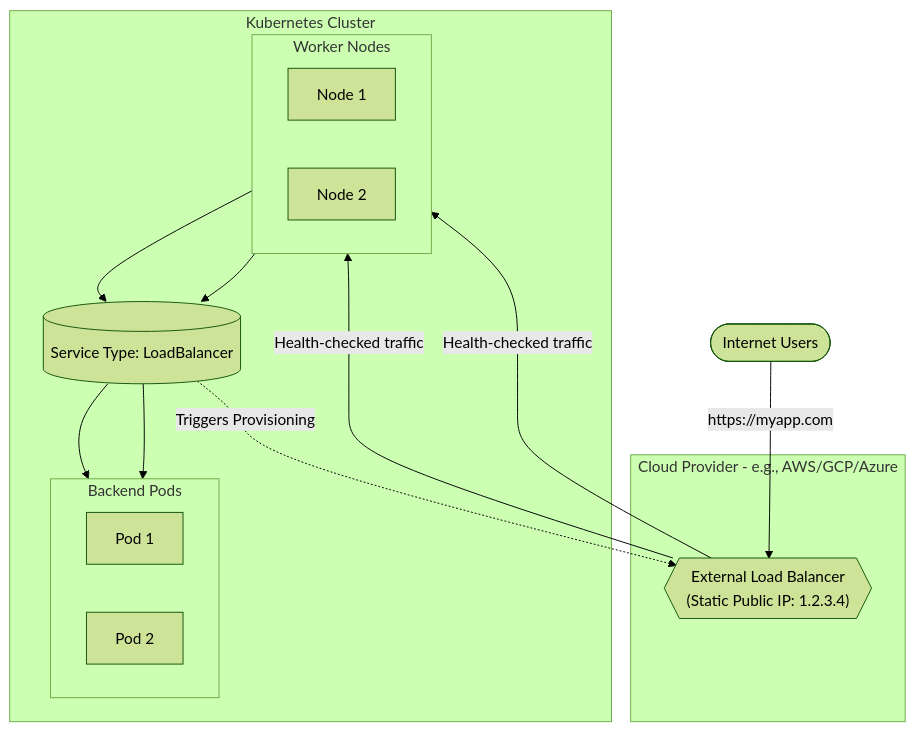
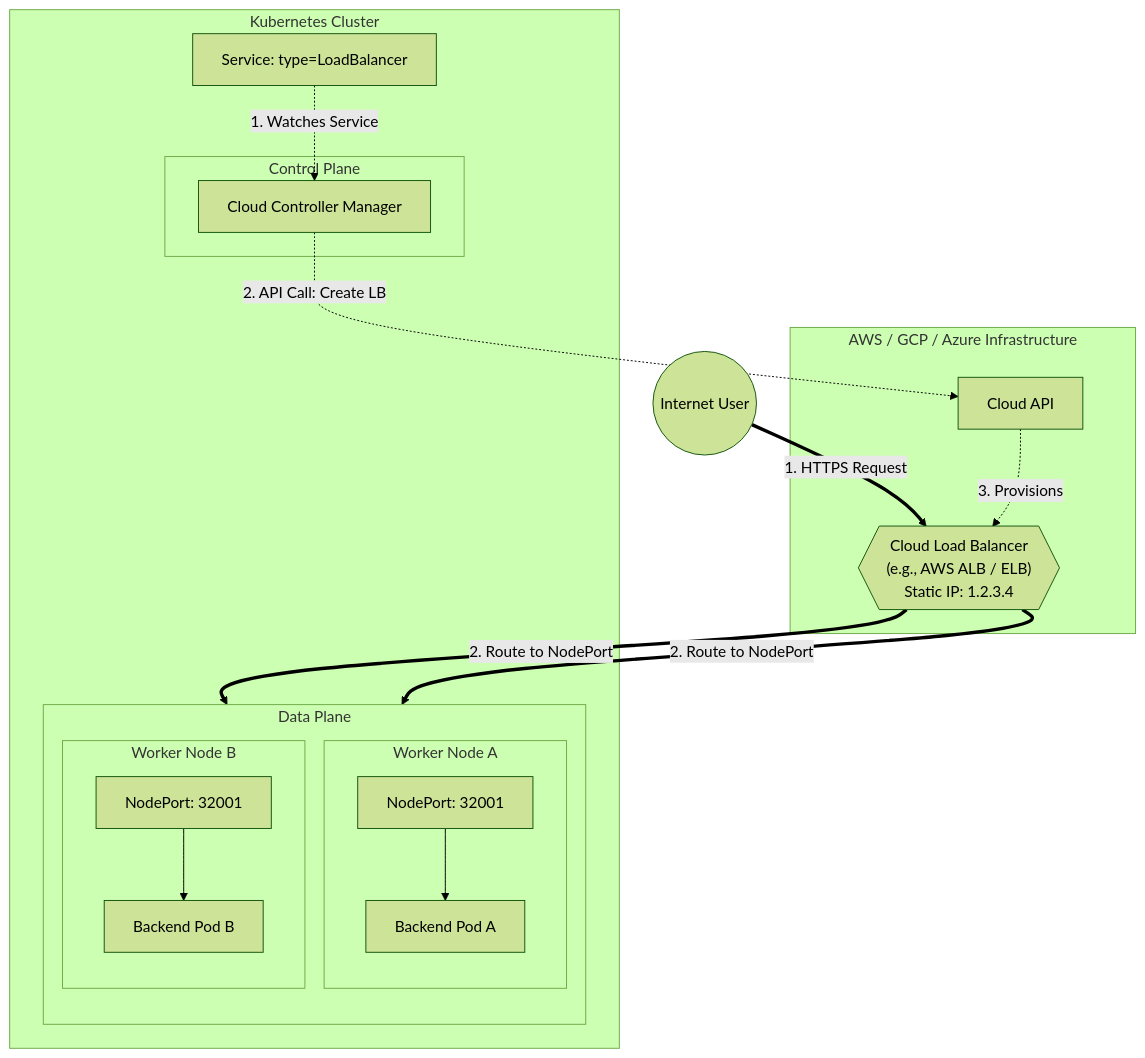
The sixth of 9 diagrams in 04-networking/04.01-Networking_Intro.md (Aravind-devops-1/devops_ganesh), drawn with Mermaid (forest theme) before and after one commit. The commit also changed other lines of this file, not shown here.

````diff
--- a/04-networking/04.01-Networking_Intro.md
+++ b/04-networking/04.01-Networking_Intro.md
@@ -247,34 +241,51 @@
 ```mermaid
 graph TD
-    U([Internet Users]) 
+    %% Actors
+    User((Internet User))
     
-    subgraph CloudProvider [Cloud Provider - e.g., AWS/GCP/Azure]
-        LB{{"External Load Balancer <br/> (Static Public IP: 1.2.3.4)"}}
+    subgraph CloudProvider [AWS / GCP / Azure Infrastructure]
+        
+        %% The External Resource
+        CLB{{"Cloud Load Balancer <br/> (e.g., AWS ALB / ELB) <br/> Static IP: 1.2.3.4"}}
+        
+        %% The Control Plane Logic
+        API[Cloud API]
     end
 
-    subgraph Cluster [Kubernetes Cluster]
-        S[("Service Type: LoadBalancer")]
+    subgraph K8sCluster [Kubernetes Cluster]
         
-        subgraph Nodes [Worker Nodes]
-            direction LR
-            N1[Node 1]
-            N2[Node 2]
+        %% Control Plane
+        subgraph ControlPlane [Control Plane]
+            CCM[Cloud Controller Manager]
         end
 
-        subgraph Pods [Backend Pods]
-            direction LR
-            P1[Pod 1]
-            P2[Pod 2]
+        %% Data Plane
+        subgraph WorkerNodes [Data Plane]
+            direction TB
+            
+            subgraph Node1 [Worker Node A]
+                NP1[NodePort: 32001]
+                PodA[Backend Pod A]
+            end
+            
+            subgraph Node2 [Worker Node B]
+                NP2[NodePort: 32001]
+                PodB[Backend Pod B]
+            end
         end
+        
+        %% Logical Definition
+        S[Service: type=LoadBalancer]
     end
 
-    %% Traffic Flow
-    U -- "https://myapp.com" --> LB
-    LB -- "Health-checked traffic" --> N1 & N2
-    N1 & N2 --> S
-    S --> P1 & P2
+    %% TRAFFIC FLOW (The Path of the Packet)
+    User == "1. HTTPS Request" ==> CLB
+    CLB == "2. Route to NodePort" ==> NP1 & NP2
+    NP1 --> PodA
+    NP2 --> PodB
 
-    %% Logic Link
-    S -. "Triggers Provisioning" .-> LB
-
+    %% PROVISIONING FLOW (The Automation)
+    S -.->|"1. Watches Service"| CCM
+    CCM -.->|"2. API Call: Create LB"| API
+    API -.->|"3. Provisions"| CLB
 ```
````
